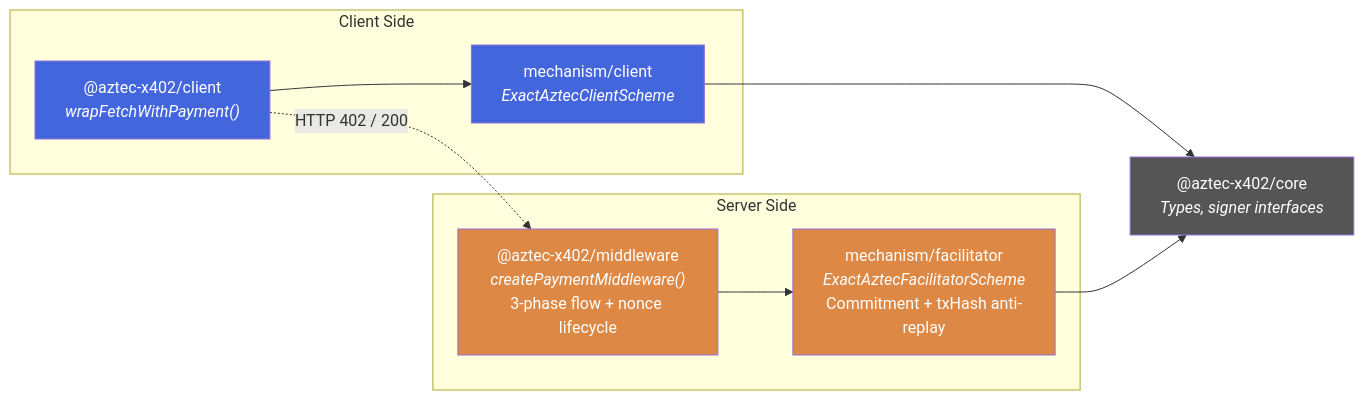
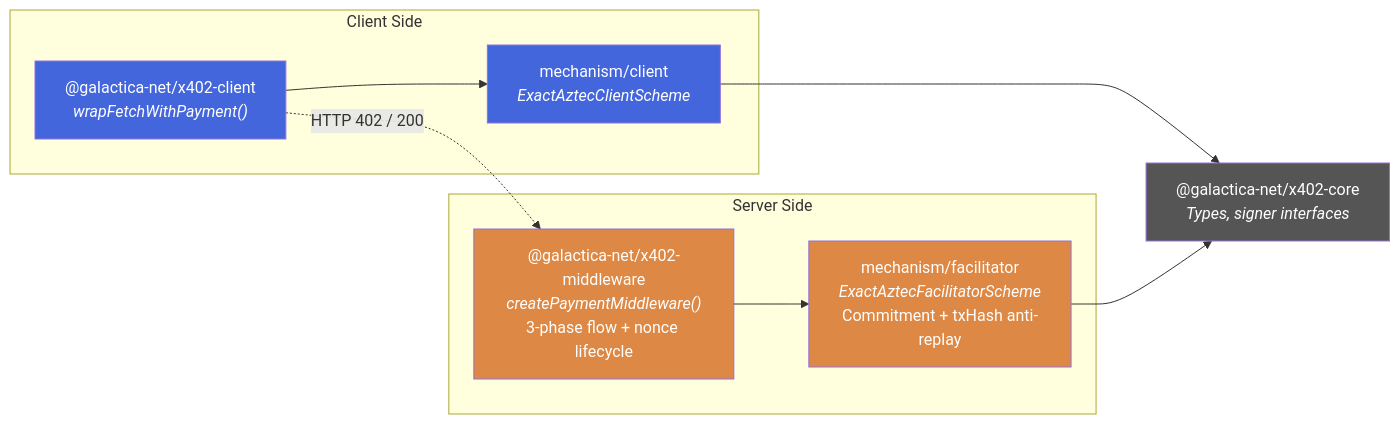
The second of 2 diagrams in readme.md (Galactica-corp/aztec-x402), drawn with Mermaid before and after one commit. The commit also changed other lines of this file and 35 other files, not shown here.

````diff
--- a/readme.md
+++ b/readme.md
@@ -111,26 +110,26 @@
 ```mermaid
 graph LR
     subgraph Client Side
-        CL["@aztec-x402/client<br/><i>wrapFetchWithPayment()</i>"]
+        CL["@galactica-net/x402-client<br/><i>wrapFetchWithPayment()</i>"]
         MC["mechanism/client<br/><i>ExactAztecClientScheme</i>"]
     end
 
     subgraph Server Side
-        MW["@aztec-x402/middleware<br/><i>createPaymentMiddleware()</i><br/>3-phase flow + nonce lifecycle"]
+        MW["@galactica-net/x402-middleware<br/><i>createPaymentMiddleware()</i><br/>3-phase flow + nonce lifecycle"]
         MF["mechanism/facilitator<br/><i>ExactAztecFacilitatorScheme</i><br/>Commitment + txHash anti-replay"]
     end
 
-    CO["@aztec-x402/core<br/><i>Types, signer interfaces</i>"]
+    CO["@galactica-net/x402-core<br/><i>Types, signer interfaces</i>"]
 
     CL --> MC
     MW --> MF
     MC --> CO
     MF --> CO
     CL -.->|HTTP 402 / 200| MW
 
     style CL fill:#46d,color:#fff
     style MC fill:#46d,color:#fff
     style MW fill:#d84,color:#fff
     style MF fill:#d84,color:#fff
     style CO fill:#555,color:#fff
 ```
````
